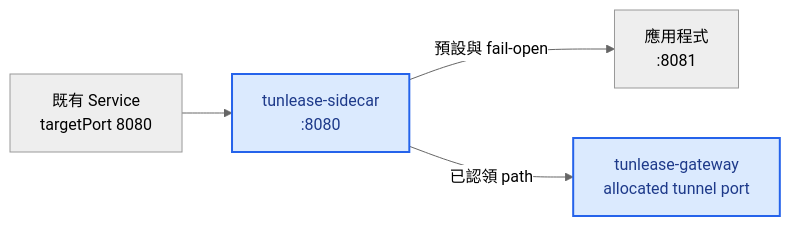
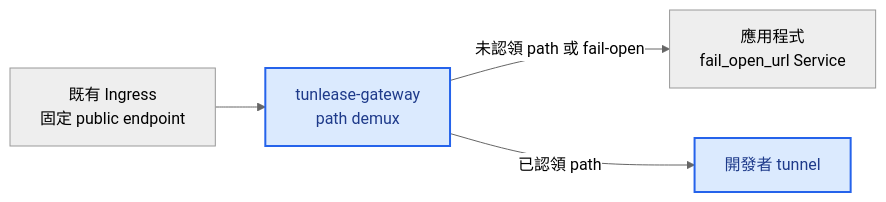
The first of 2 diagrams in docs/platform-deployment.zh-TW.md (iml885203/tunlease), drawn with Mermaid (neutral theme) before and after one commit. The commit also changed other lines of this file and 31 other files, not shown here.

````diff
--- a/docs/platform-deployment.zh-TW.md
+++ b/docs/platform-deployment.zh-TW.md
@@ -9,9 +9,9 @@
 ```mermaid
 flowchart LR
-    Service[既有 Service<br/>targetPort 8080] --> Sidecar[tunlease-sidecar<br/>:8080]
-    Sidecar -->|預設與 fail-open| App[應用程式<br/>:8081]
-    Sidecar -->|已認領 path| Gateway[tunlease-gateway<br/>allocated tunnel port]
+    Ingress[既有 Ingress<br/>固定 public endpoint] --> Gateway[tunlease-gateway<br/>path demux]
+    Gateway -->|未認領 path 或 fail-open| App[應用程式<br/>fail_open_url Service]
+    Gateway -->|已認領 path| Tunnel[開發者 tunnel]
 
     classDef tunlease fill:#dbeafe,stroke:#2563eb,color:#1e3a8a,stroke-width:2px;
-    class Sidecar,Gateway tunlease;
+    class Gateway,Tunnel tunlease;
 ```
````
